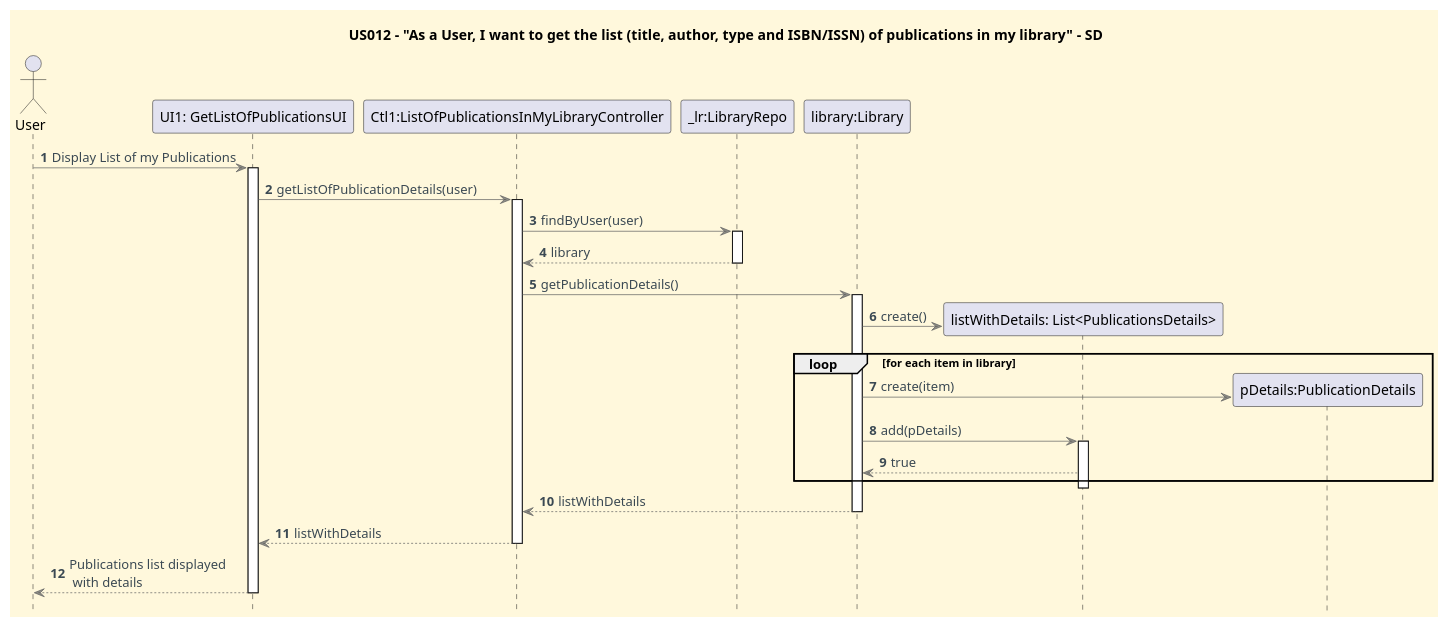
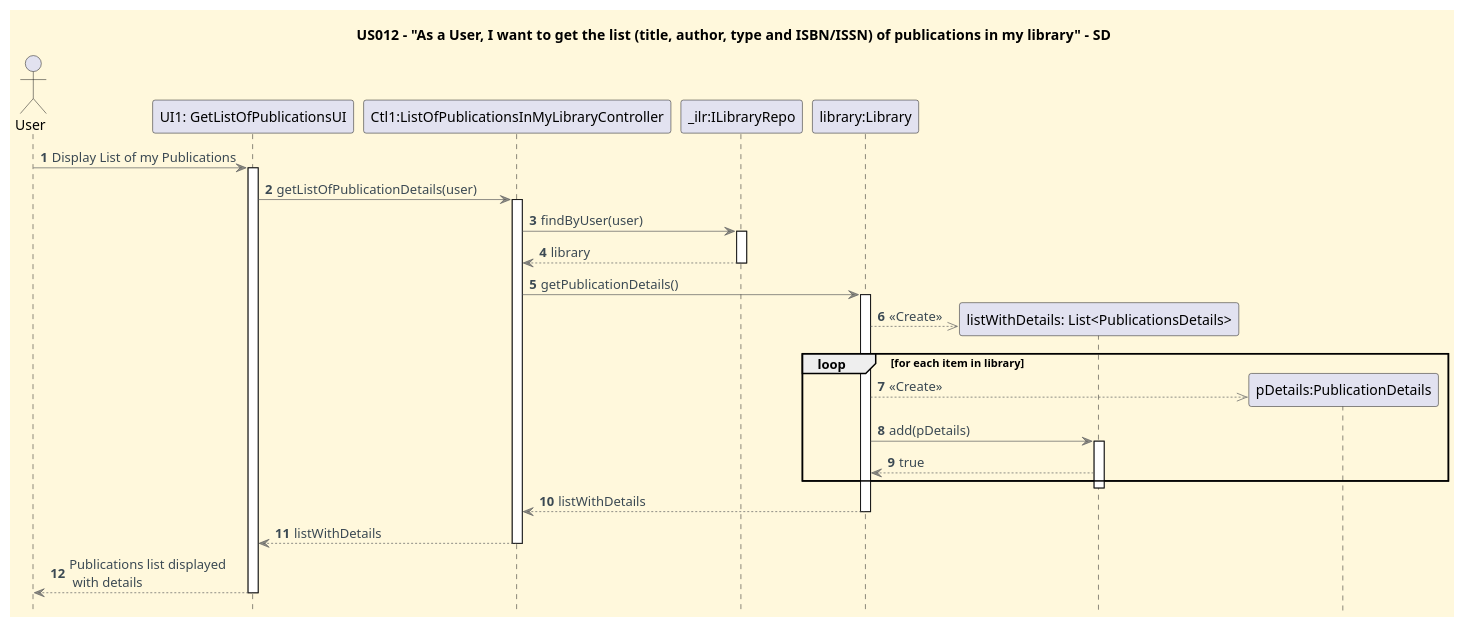
One commit to CarolinaLeite-collab/JavaMarketplacePlatform changed the diagram in docs/userStories/US012/US012_get_list_of_publications_in_my_library_SD.puml. Above: the diagram before and after it, drawn with PlantUML. The commit also changed 1 other file, not shown here.

Commit message:
feat: add Class Diagram and Sequence Diagram for DDD reengineering US012, Ref #405

```diff
--- a/docs/userStories/US012/US012_get_list_of_publications_in_my_library_SD.puml
+++ b/docs/userStories/US012/US012_get_list_of_publications_in_my_library_SD.puml
@@ -1,83 +1,83 @@
 @startuml
 '==== basic style ====
 
 'hides unwanted text
 hide stereotype
 
 skinparam monochrome false
 
 skinparam shadowing false
 skinparam defaultFontName Futura
 skinparam objectFontSize 20
 skinparam backgroundColor CornSilk
 skinparam objectBackgroundColor WhiteSmoke
 skinparam noteBackgroundColor #FFFFE0
 skinparam ArrowFontColor #3B4953
 skinparam ArrowColor #57595BAA
 hidefootbox
 
 'undefined objects
 skinparam object {
   BackgroundColor<<highlight>> 91C6BCAA
   BorderColor<<highlight>> 4B9DA9AA
   FontColor<<highlight>> 547792AA
 }
 skinparam shadowing<<highlight>> false
 
 autonumber
 
 title US012 - "As a User, I want to get the list (title, author, type and ISBN/ISSN) of publications in my library" - SD
 
 
 ' --- Actor and participants ---'
 
 actor User
 participant "UI1: GetListOfPublicationsUI" as UI
 participant "Ctl1:ListOfPublicationsInMyLibraryController" as Ctl
-participant "_lr:LibraryRepo" as LibRepo
+participant "_ilr:ILibraryRepo" as LibRepo
 participant "library:Library" as Lib
 
 
 
 User -> UI: Display List of my Publications
 activate UI
 
 UI -> Ctl: getListOfPublicationDetails(user)
 activate Ctl
 
 Ctl -> LibRepo: findByUser(user)
 activate LibRepo
 LibRepo --> Ctl: library
 deactivate LibRepo
 
 Ctl -> Lib: getPublicationDetails()
 
 create "listWithDetails: List<PublicationsDetails>" as listOfPubs
 activate Lib
-Lib -> listOfPubs: create()
+Lib -->> listOfPubs: <<Create>>
 
 
 
 loop for each item in library
 
 create "pDetails:PublicationDetails" as list
-    Lib -> list: create(item)
+    Lib -->> list: <<Create>>
 
     Lib -> listOfPubs: add(pDetails)
 activate listOfPubs
 listOfPubs --> Lib :true
 end
 
 deactivate listOfPubs
 Lib --> Ctl: listWithDetails
 deactivate Lib
 
 Ctl --> UI: listWithDetails
 deactivate Ctl
 
 UI --> User: Publications list displayed\n with details
 deactivate UI
 
 
 
 @enduml
```
